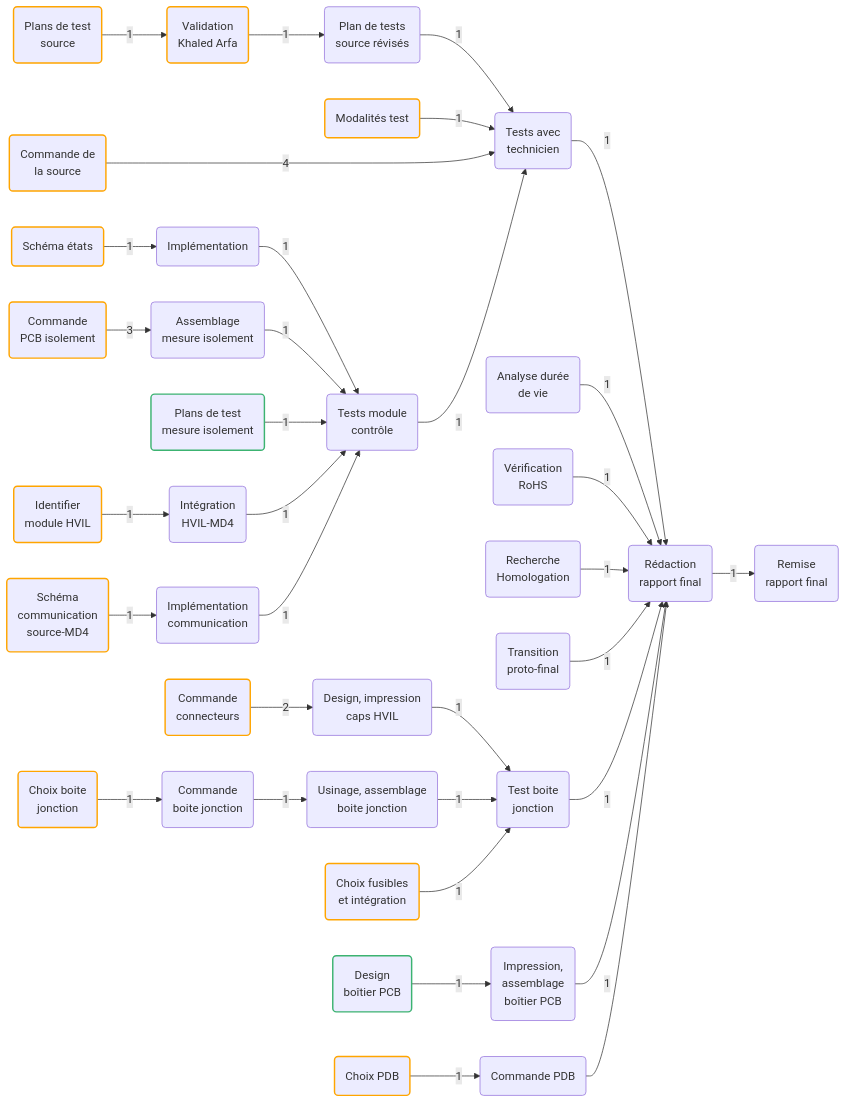
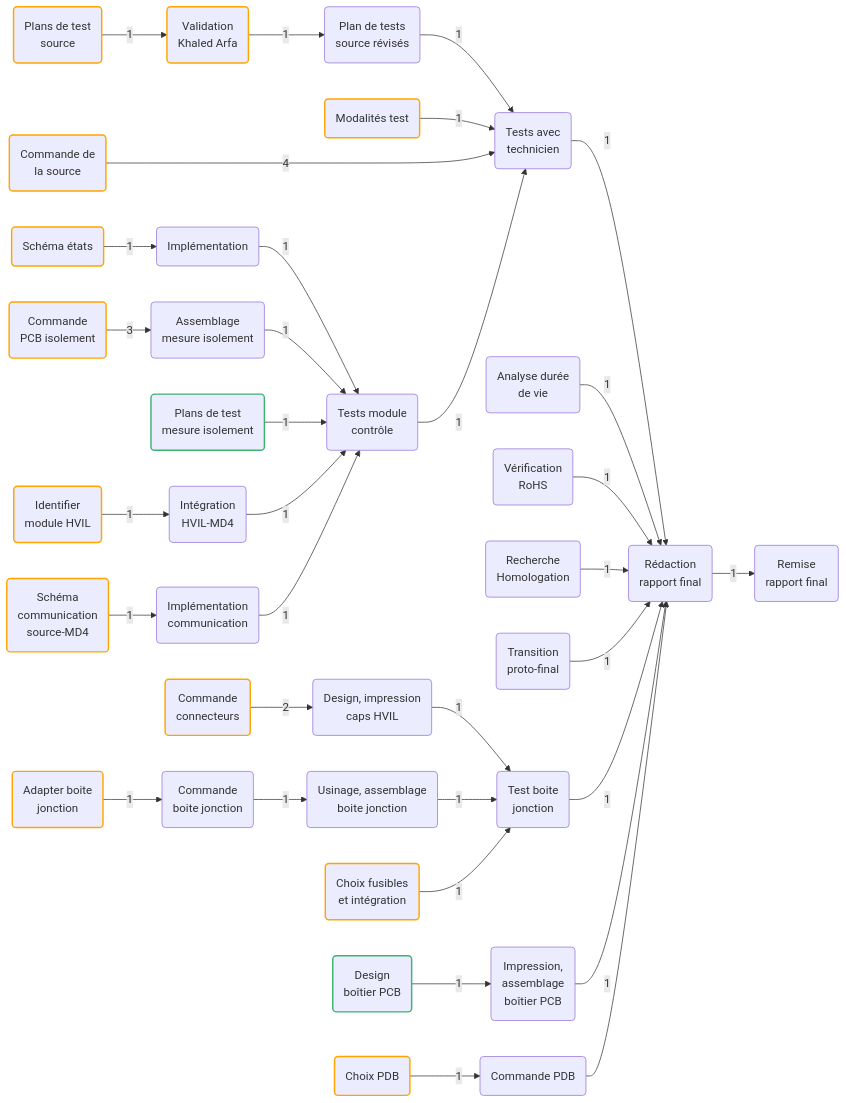
Before and after one commit to felax/OUTILLAGE: the first of 4 diagrams in README.md, drawn with Mermaid.

````diff
--- a/README.md
+++ b/README.md
@@ -2,73 +2,73 @@
 ``` mermaid
 graph LR
     A(Plans de test<br>source):::prog
     B(Validation<br>Khaled Arfa):::prog
     C(Plan de tests <br>source révisés)
     D(Tests avec<br>technicien)
     E(Modalités test):::prog
     F(Commande de <br>la source):::prog
     G(Rédaction <br> rapport final)
     H(Analyse durée<br>de vie)
     I(Vérification<br>RoHS)
     J(Recherche <br> Homologation)
     K(Transition <br> proto-final)
     L(Schéma états):::prog
     M(Implémentation)
     N(Tests module <br> contrôle)
     O(Assemblage <br> mesure isolement)
     P(Plans de test <br> mesure isolement):::done
     Q(Identifier <br> module HVIL):::prog
     R(Intégration <br> HVIL-MD4)
     S(Schéma <br> communication <br> source-MD4):::prog
     T(Implémentation <br> communication)
     U(Choix fusibles <br> et intégration):::prog
     V(Design, impression <br> caps HVIL)
     W(Usinage, assemblage <br> boite jonction)
     Y(Test boite <br> jonction)
     Z(Design <br> boîtier PCB):::done
 
     a(Impression, <br> assemblage <br> boîtier PCB)
     b(Choix PDB):::prog
     c(Commande PDB)
-    e(Choix boite <br>jonction):::prog
+    e(Adapter boite <br>jonction):::prog
     d(Remise <br> rapport final)
     f(Commande <br> boite jonction)
     g(Commande <br> PCB isolement):::prog
     h(Commande <br> connecteurs):::prog
     
     B --> |1| C
     C --> |1| D
     E --> |1| D
     F ----> |4| D
     D --> |1| G
     H --> |1| G
     I --> |1| G
     J --> |1| G
     K --> |1| G
     L --> |1| M
     M --> |1| N
     N --> |1| D
     O --> |1| N
     P --> |1| N
     Q --> |1| R
     R --> |1| N
     S --> |1| T
     T --> |1| N
     h --> |2| V
     V --> |1| Y
     W --> |1| Y
     e --> |1| f
     f --> |1| W
     Y --> |1| G
     Z --> |1| a
     a --> |1| G
     b --> |1| c
     c --> G
     g -->|3| O
     A --> |1| B
     G --> |1| d
     U --> |1| Y
 
 classDef done stroke:MediumSeaGreen,stroke-width:2px;
 classDef prog stroke:Orange,stroke-width:2px;
 ```
````
